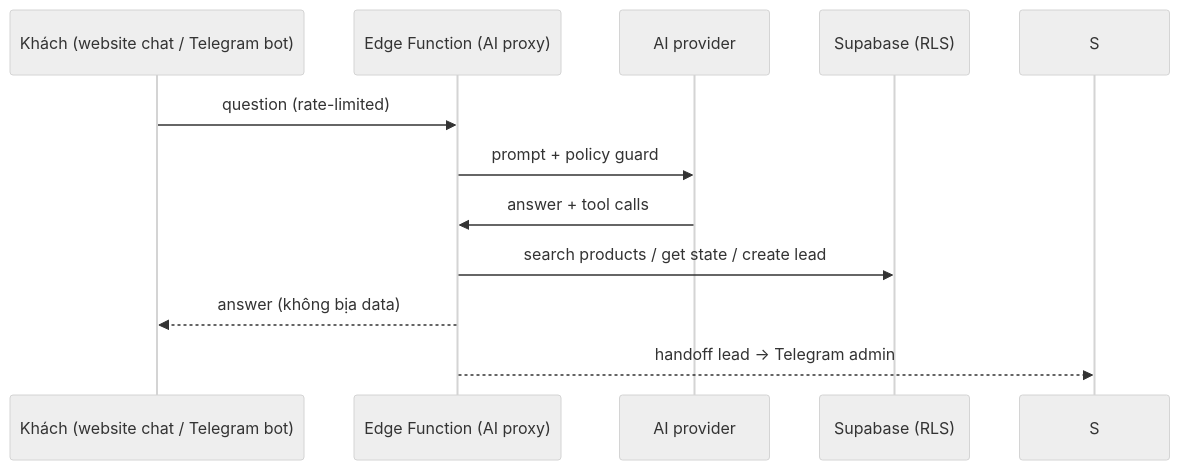
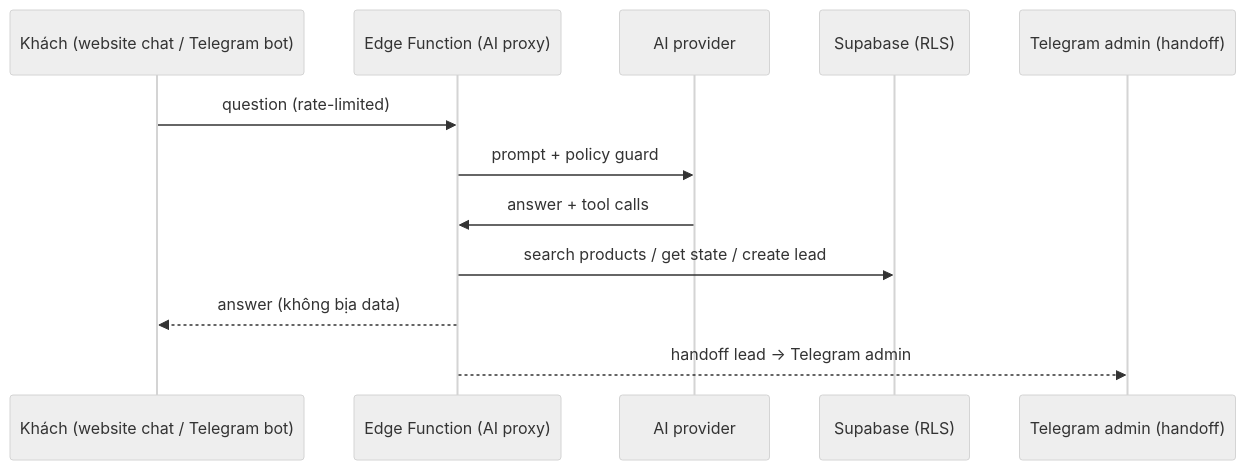
The third of 3 diagrams in .ai/ARCHITECT.md (tuphucsinh/sang-van-dupont), drawn with Mermaid (neutral theme) before and after one commit. The commit also changed other lines of this file and 1 other file, not shown here.

Commit message:
[#P0] Xử lý 5 góp ý reviewer SW-MASTERPLAN-01 (dependency P6, backup P1, diagram notes)

````diff
--- a/.ai/ARCHITECT.md
+++ b/.ai/ARCHITECT.md
@@ -156,13 +156,14 @@
 ```mermaid
 sequenceDiagram
     participant U as Khách (website chat / Telegram bot)
     participant E as Edge Function (AI proxy)
     participant P as AI provider
     participant D as Supabase (RLS)
+    participant S as Telegram admin (handoff)
     U->>E: question (rate-limited)
     E->>P: prompt + policy guard
     P->>E: answer + tool calls
     E->>D: search products / get state / create lead
     E-->>U: answer (không bịa data)
     E-->>S: handoff lead → Telegram admin
 ```
````
